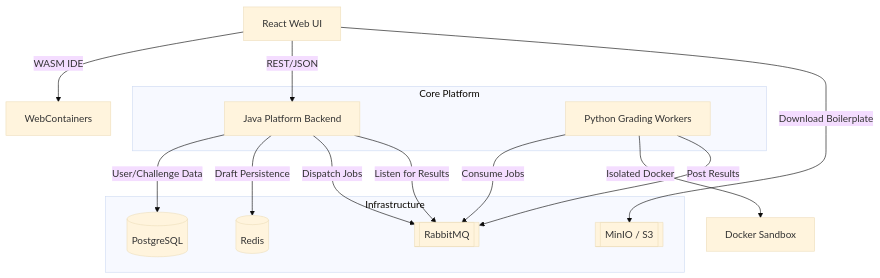
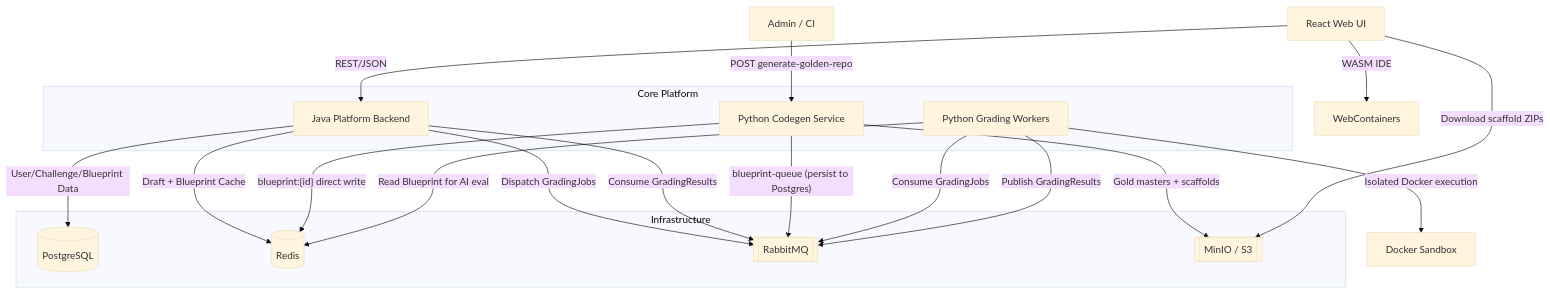
Before and after one commit to NaveenMN23/codevalidator: the diagram in ARCHITECTURE.md, drawn with Mermaid (base theme). The commit also changed other lines of this file and 156 other files, not shown here.

````diff
--- a/ARCHITECTURE.md
+++ b/ARCHITECTURE.md
@@ -7,32 +7,44 @@
 ```mermaid
 graph TD
     %% Frontend
     UI[React Web UI] -- "WASM IDE" --> WC[WebContainers]
     UI -- "REST/JSON" --> Backend
 
+    %% Admin
+    Admin[Admin / CI] -- "POST generate-golden-repo" --> Codegen
+
     %% Core Services
     subgraph "Core Platform"
         Backend[Java Platform Backend]
+        Codegen[Python Codegen Service]
         Workers[Python Grading Workers]
     end
 
     %% Infrastructure
     subgraph "Infrastructure"
         DB[(PostgreSQL)]
         Cache[(Redis)]
         Queue[[RabbitMQ]]
         Storage[[MinIO / S3]]
     end
 
-    %% Interactions
-    Backend -- "User/Challenge Data" --> DB
-    Backend -- "Draft Persistence" --> Cache
-    Backend -- "Dispatch Jobs" --> Queue
-    
-    Workers -- "Consume Jobs" --> Queue
-    Workers -- "Isolated Docker" --> Sandbox[Docker Sandbox]
-    Workers -- "Post Results" --> Queue
-    
-    Backend -- "Listen for Results" --> Queue
-    UI -- "Download Boilerplate" --> Storage
+    %% Backend interactions
+    Backend -- "User/Challenge/Blueprint Data" --> DB
+    Backend -- "Draft + Blueprint Cache" --> Cache
+    Backend -- "Dispatch GradingJobs" --> Queue
+    Backend -- "Consume GradingResults" --> Queue
+
+    %% Codegen interactions
+    Codegen -- "Gold masters + scaffolds" --> Storage
+    Codegen -- "blueprint:{id} direct write" --> Cache
+    Codegen -- "blueprint-queue (persist to Postgres)" --> Queue
+
+    %% Workers interactions
+    Workers -- "Consume GradingJobs" --> Queue
+    Workers -- "Isolated Docker execution" --> Sandbox[Docker Sandbox]
+    Workers -- "Read Blueprint for AI eval" --> Cache
+    Workers -- "Publish GradingResults" --> Queue
+
+    %% UI interactions
+    UI -- "Download scaffold ZIPs" --> Storage
 ```
````
